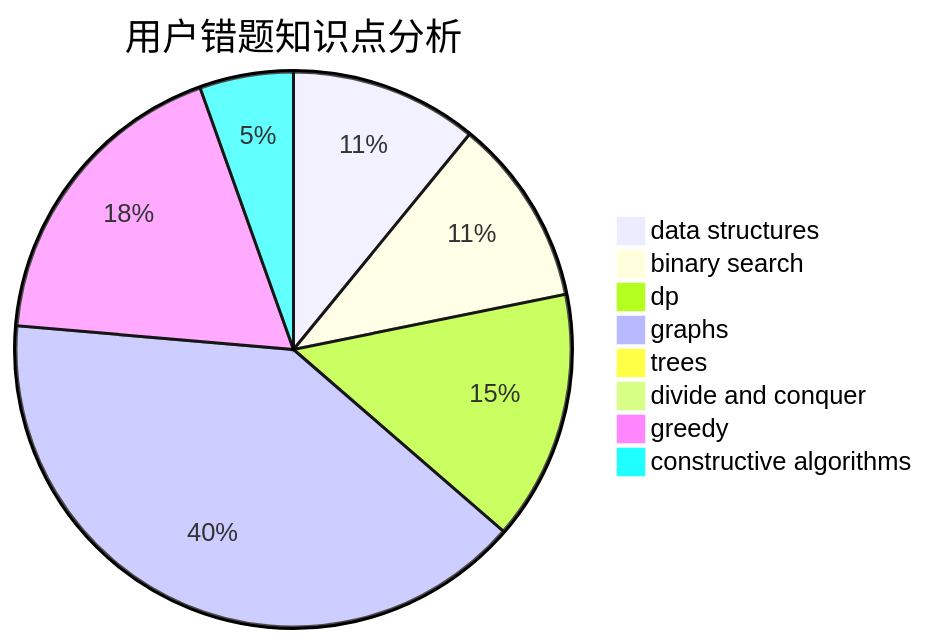
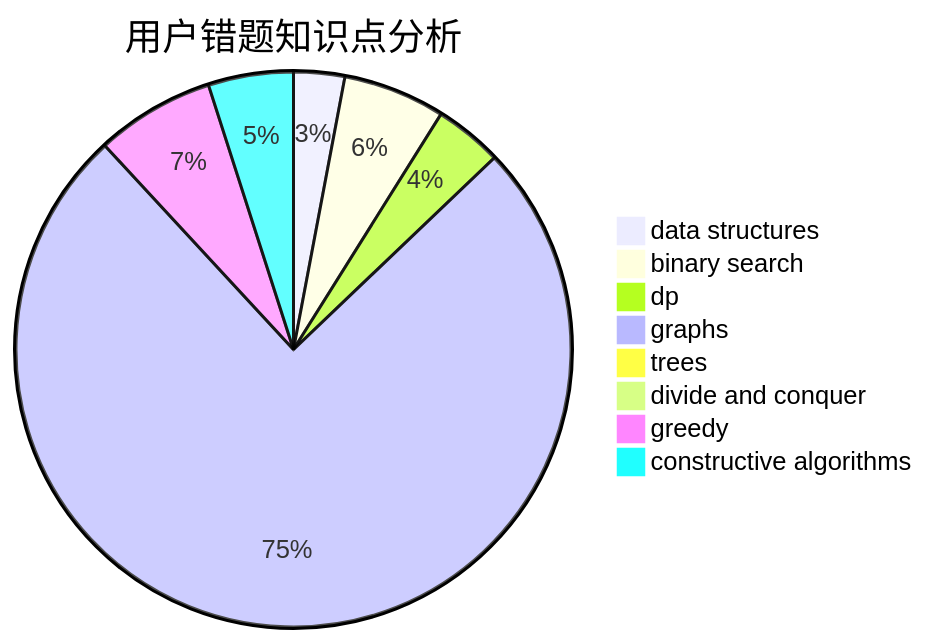
The third of 3 diagrams in docs/user/u2254.md (sherpahu/cfrs.github.io), drawn with Mermaid before and after one commit. The commit also changed other lines of this file and 2770 other files, not shown here.

````diff
--- a/docs/user/u2254.md
+++ b/docs/user/u2254.md
@@ -36,11 +36,11 @@
 ```mermaid
 pie title 用户错题知识点分析
     "data structures" :  6
-    "binary search" :  6
+    "binary search" :  12
     "dp" :  8
-    "graphs" :  22
+    "graphs" :  152
     "trees" :  0
     "divide and conquer" :  0
-    "greedy" :  10
-    "constructive algorithms" :  3
+    "greedy" :  14
+    "constructive algorithms" :  10
 ```
````
